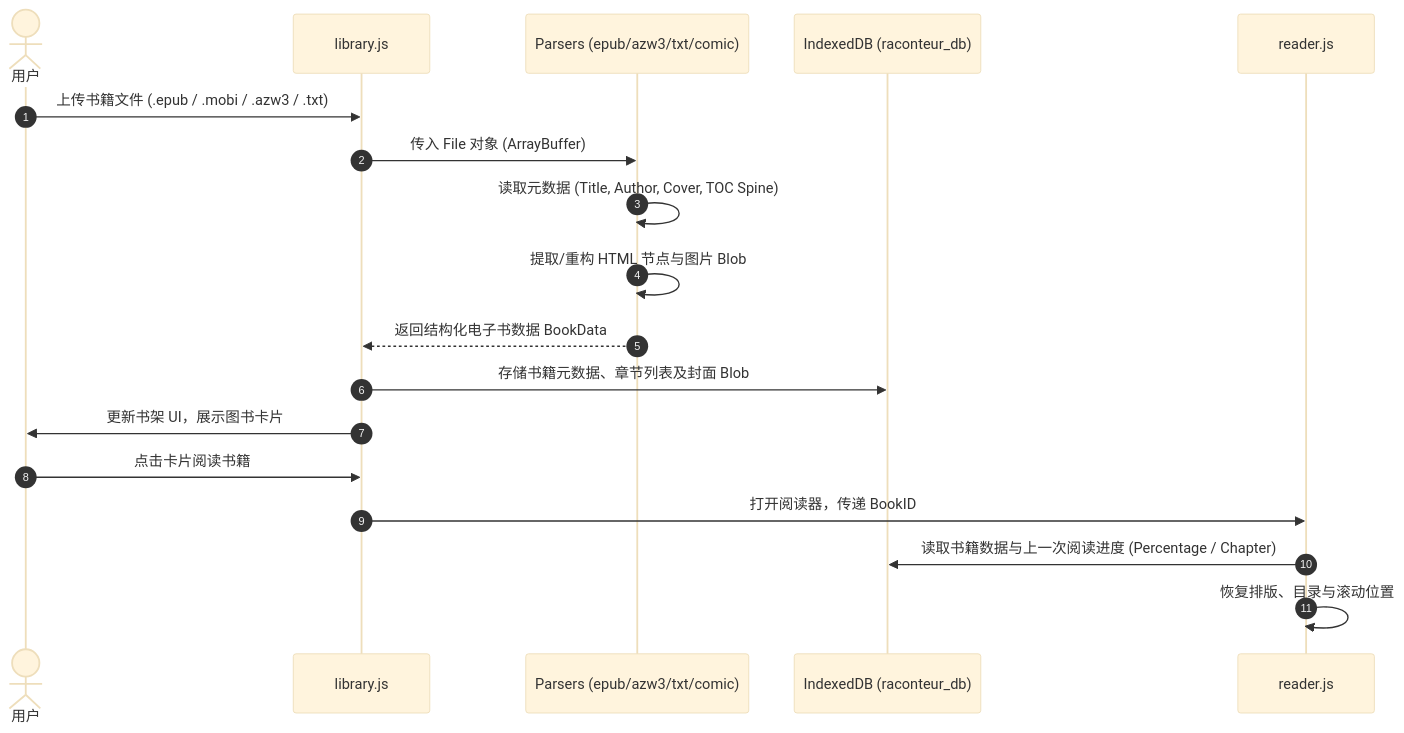
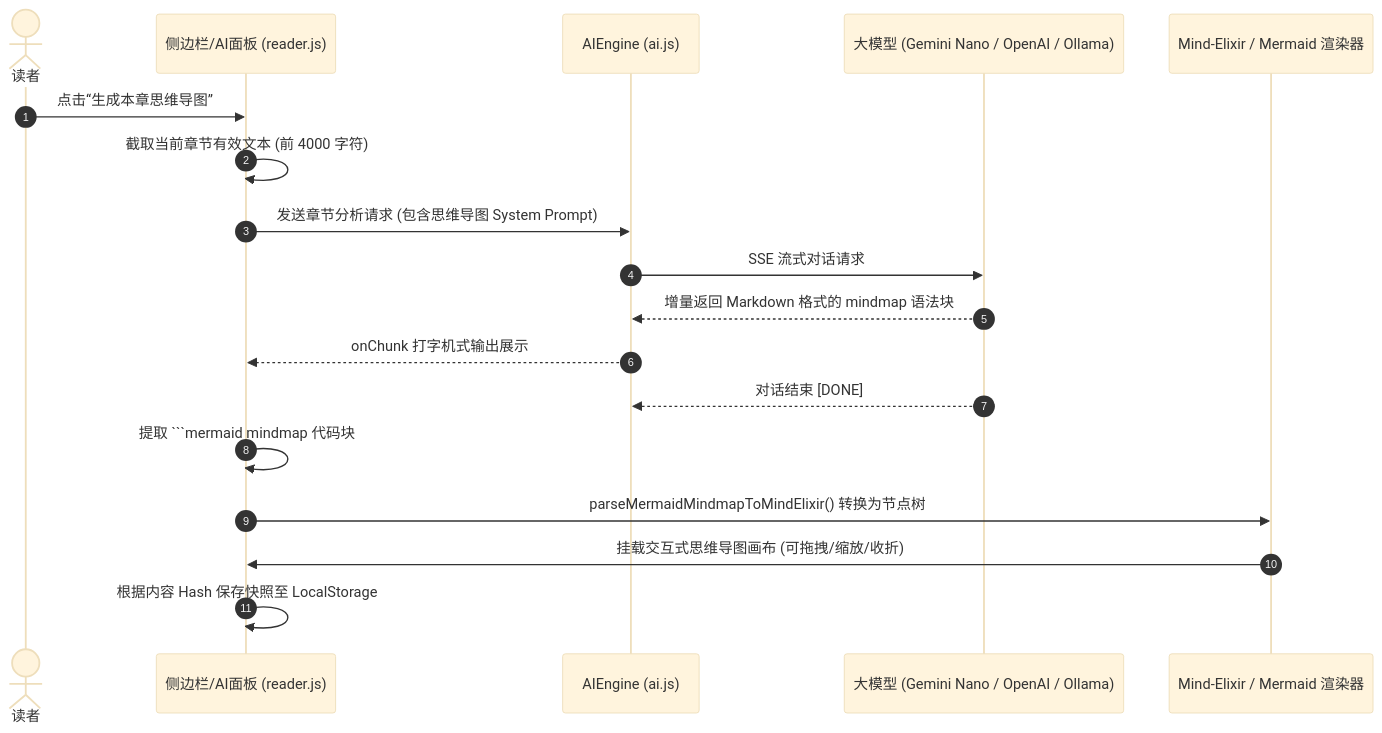
One commit to newfur/newfur.github.io changed the third of 3 diagrams in docs/ARCHITECTURE.md. Above: the diagram before and after it, drawn with Mermaid (base theme). The commit also changed other lines of this file, not shown here.

Commit message:
docs: expand technical architecture with deep dive into parsers, AI assistant, pagination and rendering engines (v2.0)

````diff
--- a/docs/ARCHITECTURE.md
+++ b/docs/ARCHITECTURE.md
@@ -303,21 +368,21 @@
 ```mermaid
 sequenceDiagram
     autonumber
-    actor User as 用户
-    participant Lib as library.js
-    participant Parser as Parsers (epub/azw3/txt/comic)
-    participant IDB as IndexedDB (raconteur_db)
-    participant Reader as reader.js
+    actor User as 读者
+    participant UI as 侧边栏/AI面板 (reader.js)
+    participant AI as AIEngine (ai.js)
+    participant LLM as 大模型 (Gemini Nano / OpenAI / Ollama)
+    participant Mind as Mind-Elixir / Mermaid 渲染器
 
-    User->>Lib: 上传书籍文件 (.epub / .mobi / .azw3 / .txt)
-    Lib->>Parser: 传入 File 对象 (ArrayBuffer)
-    Parser->>Parser: 读取元数据 (Title, Author, Cover, TOC Spine)
-    Parser->>Parser: 提取/重构 HTML 节点与图片 Blob
-    Parser-->>Lib: 返回结构化电子书数据 BookData
-    Lib->>IDB: 存储书籍元数据、章节列表及封面 Blob
-    Lib->>User: 更新书架 UI，展示图书卡片
-    User->>Lib: 点击卡片阅读书籍
-    Lib->>Reader: 打开阅读器，传递 BookID
-    Reader->>IDB: 读取书籍数据与上一次阅读进度 (Percentage / Chapter)
-    Reader->>Reader: 恢复排版、目录与滚动位置
+    User->>UI: 点击“生成本章思维导图”
+    UI->>UI: 截取当前章节有效文本 (前 4000 字符)
+    UI->>AI: 发送章节分析请求 (包含思维导图 System Prompt)
+    AI->>LLM: SSE 流式对话请求
+    LLM-->>AI: 增量返回 Markdown 格式的 mindmap 语法块
+    AI-->>UI: onChunk 打字机式输出展示
+    LLM-->>AI: 对话结束 [DONE]
+    UI->>UI: 提取 ```mermaid mindmap 代码块
+    UI->>Mind: parseMermaidMindmapToMindElixir() 转换为节点树
+    Mind->>UI: 挂载交互式思维导图画布 (可拖拽/缩放/收折)
+    UI->>UI: 根据内容 Hash 保存快照至 LocalStorage
 ```
````
